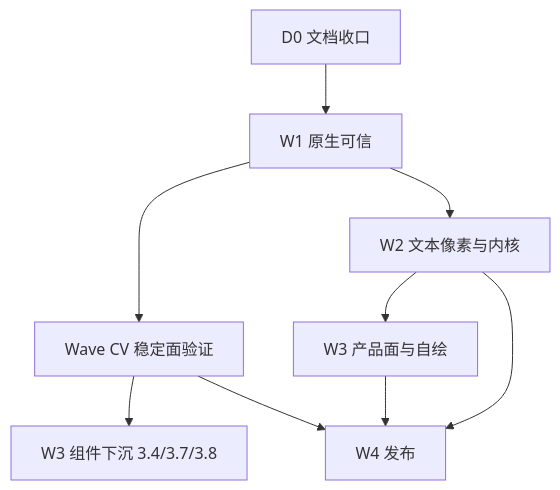
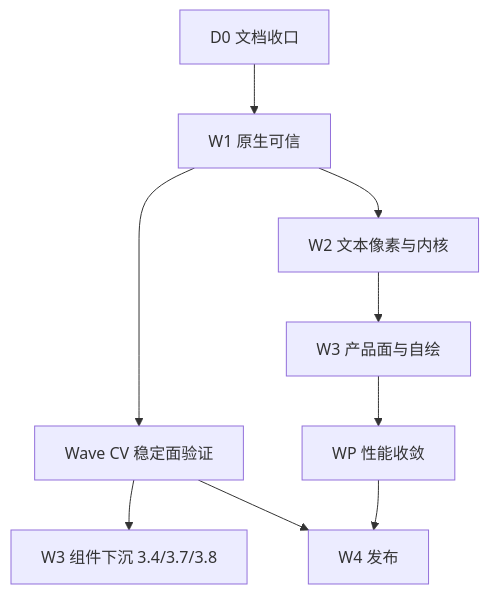
Before and after one commit to Zk3619/Jadix: the diagram in docs/AUTHORITY.md, drawn with Mermaid. The commit also changed other lines of this file and 8 other files, not shown here.

````diff
--- a/docs/AUTHORITY.md
+++ b/docs/AUTHORITY.md
@@ -156,17 +156,18 @@
 ```mermaid
 flowchart TB
   D0[D0 文档收口]
   W1[W1 原生可信]
   CV[Wave CV 稳定面验证]
   W2[W2 文本像素与内核]
   W3[W3 产品面与自绘]
+  WP[WP 性能收敛]
   W4[W4 发布]
   D0 --> W1
   W1 --> CV
   W1 --> W2
   CV --> W3c[W3 组件下沉 3.4/3.7/3.8]
   W2 --> W3
-  W2 --> W4
-  W3 --> W4
+  W3 --> WP
+  WP --> W4
   CV --> W4
 ```
````
